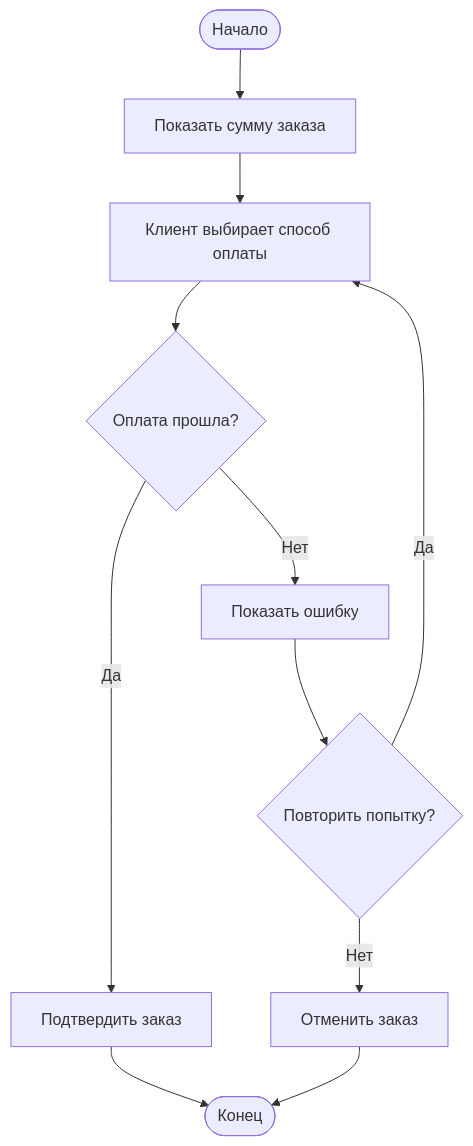
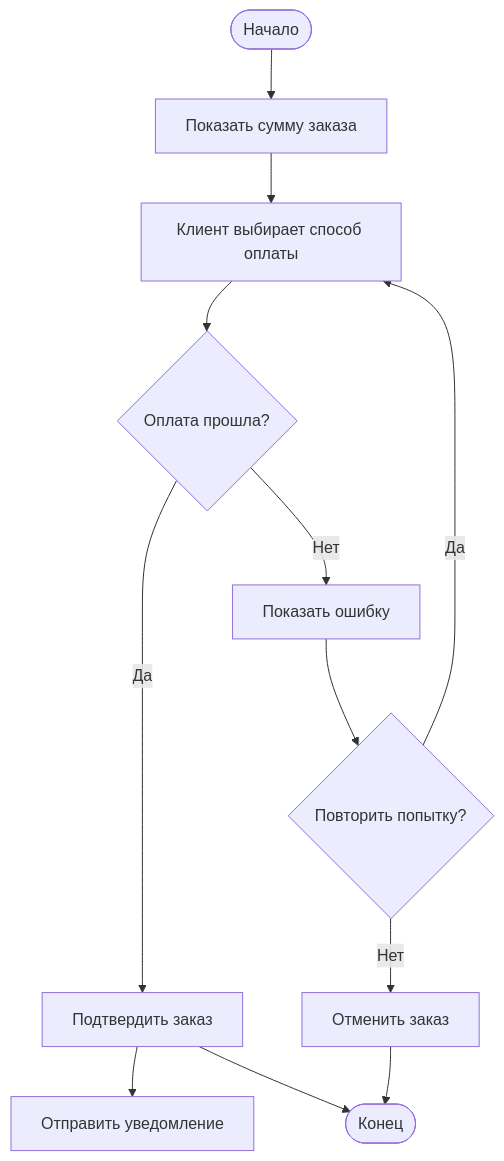
The diagram in lab1/docs/flowchart.md (Darya-Sevashko/visual-programming-labs-Sevashko), drawn with Mermaid before and after one commit.

Commit message:
Update flowchart: add minor element

````diff
--- a/lab1/docs/flowchart.md
+++ b/lab1/docs/flowchart.md
@@ -3,13 +3,14 @@
 ```mermaid
 flowchart TD
     A([Начало]) --> B[Показать сумму заказа]
     B --> C[Клиент выбирает способ оплаты]
     C --> D{Оплата прошла?}
     D -- Да --> E[Подтвердить заказ]
     D -- Нет --> F[Показать ошибку]
     F --> G{Повторить попытку?}
     G -- Да --> C
     G -- Нет --> H[Отменить заказ]
+    E --> J[Отправить уведомление]
     E --> I([Конец])
     H --> I
 ```
````
